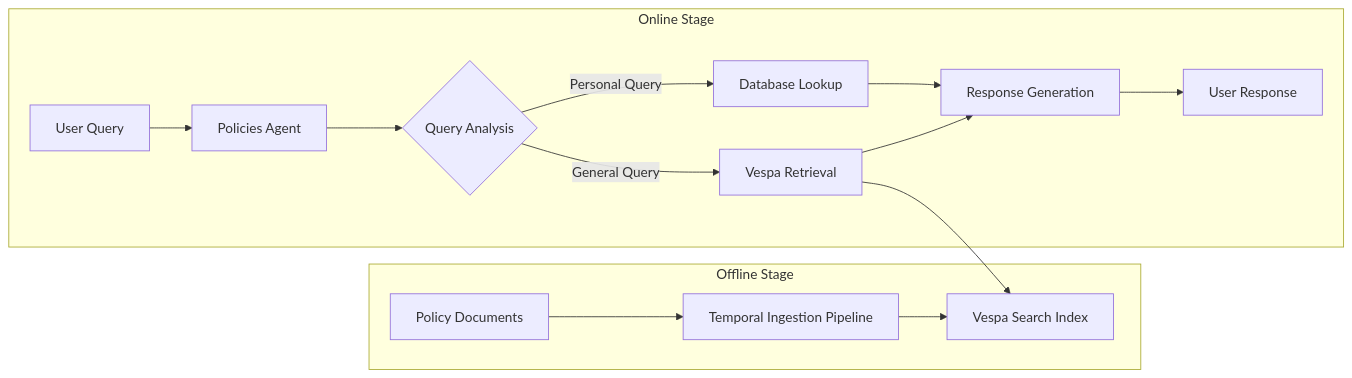
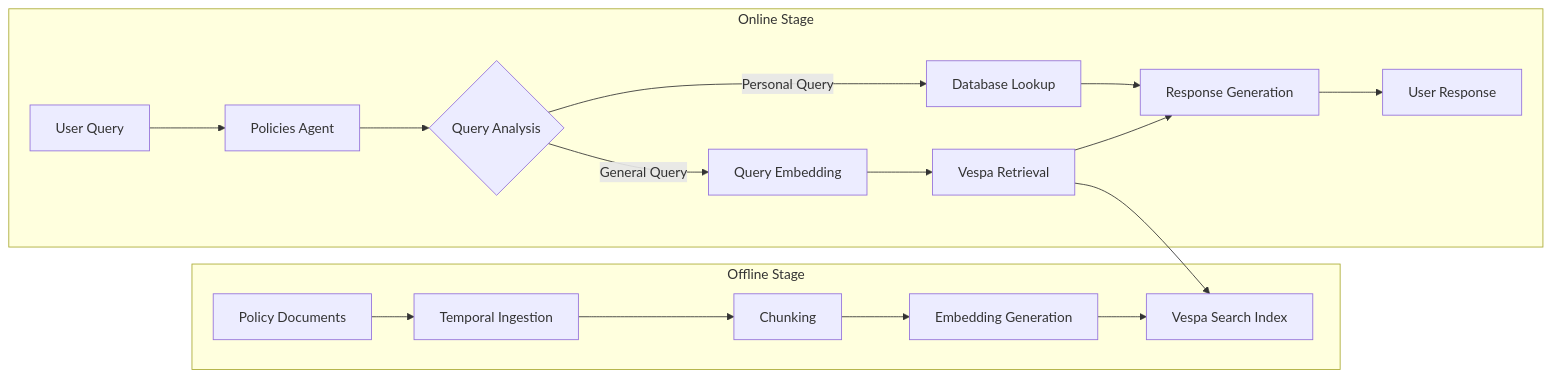
The diagram in docs/agentic-rag.md (eggai-tech/eggai-demo), drawn with Mermaid before and after one commit. The commit also changed other lines of this file and 1 other file, not shown here.

Commit message:
Clarify embedding generation in RAG documentation
- Add Embedding Generation step to ingestion pipeline diagram
- Add dedicated section for embedding generation in pipeline docs
- Update agentic-rag diagram to show embedding at both stages
- Expand retrieval implementation section with embedding details

````diff
--- a/docs/agentic-rag.md
+++ b/docs/agentic-rag.md
@@ -12,18 +12,21 @@
 ```mermaid
 graph LR
     subgraph "Offline Stage"
-        A[Policy Documents] --> B[Temporal Ingestion Pipeline]
-        B --> C[Vespa Search Index]
+        A[Policy Documents] --> B[Temporal Ingestion]
+        B --> B1[Chunking]
+        B1 --> B2[Embedding Generation]
+        B2 --> C[Vespa Search Index]
     end
-    
+
     subgraph "Online Stage"
         D[User Query] --> E[Policies Agent]
         E --> F{Query Analysis}
         F -->|Personal Query| G[Database Lookup]
-        F -->|General Query| H[Vespa Retrieval]
-        H --> C
+        F -->|General Query| H[Query Embedding]
+        H --> H1[Vespa Retrieval]
+        H1 --> C
         G --> I[Response Generation]
-        H --> I
+        H1 --> I
         I --> J[User Response]
     end
 ```
````
